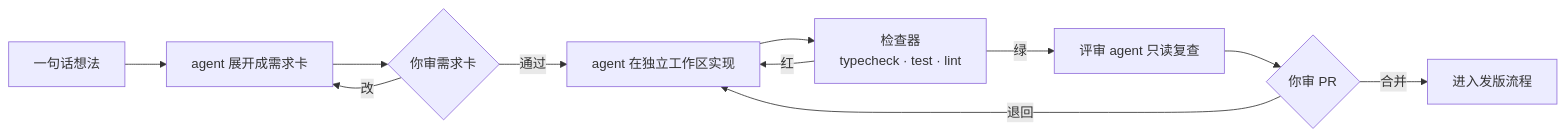
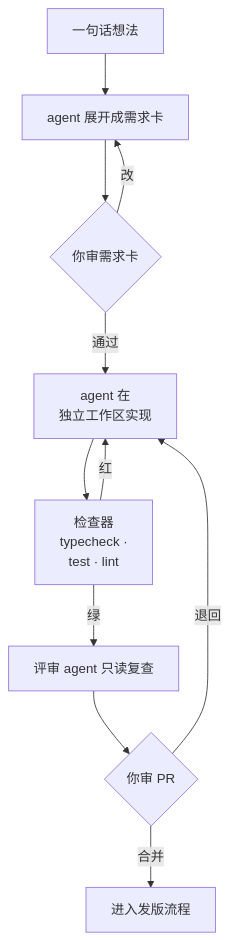
One commit to jarvis-pro/hatch-shelf changed the first of 2 diagrams in books/ai-native-opc/02-engineering.md. Above: the diagram before and after it, drawn with Mermaid. The commit also changed other lines of this file and 432 other files, not shown here.

````diff
--- a/books/ai-native-opc/02-engineering.md
+++ b/books/ai-native-opc/02-engineering.md
@@ -26,13 +26,13 @@
 ```mermaid
-flowchart LR
+flowchart TD
   A["一句话想法"] --> B["agent 展开成需求卡"]
   B --> C{"你审需求卡"}
   C -->|"改"| B
-  C -->|"通过"| D["agent 在独立工作区实现"]
-  D --> E["检查器<br/>typecheck · test · lint"]
+  C -->|"通过"| D["agent 在<br/>独立工作区实现"]
+  D --> E["检查器<br/>typecheck ·<br/>test · lint"]
   E -->|"红"| D
   E -->|"绿"| F["评审 agent 只读复查"]
   F --> G{"你审 PR"}
   G -->|"合并"| H["进入发版流程"]
   G -->|"退回"| D
 ```
````
